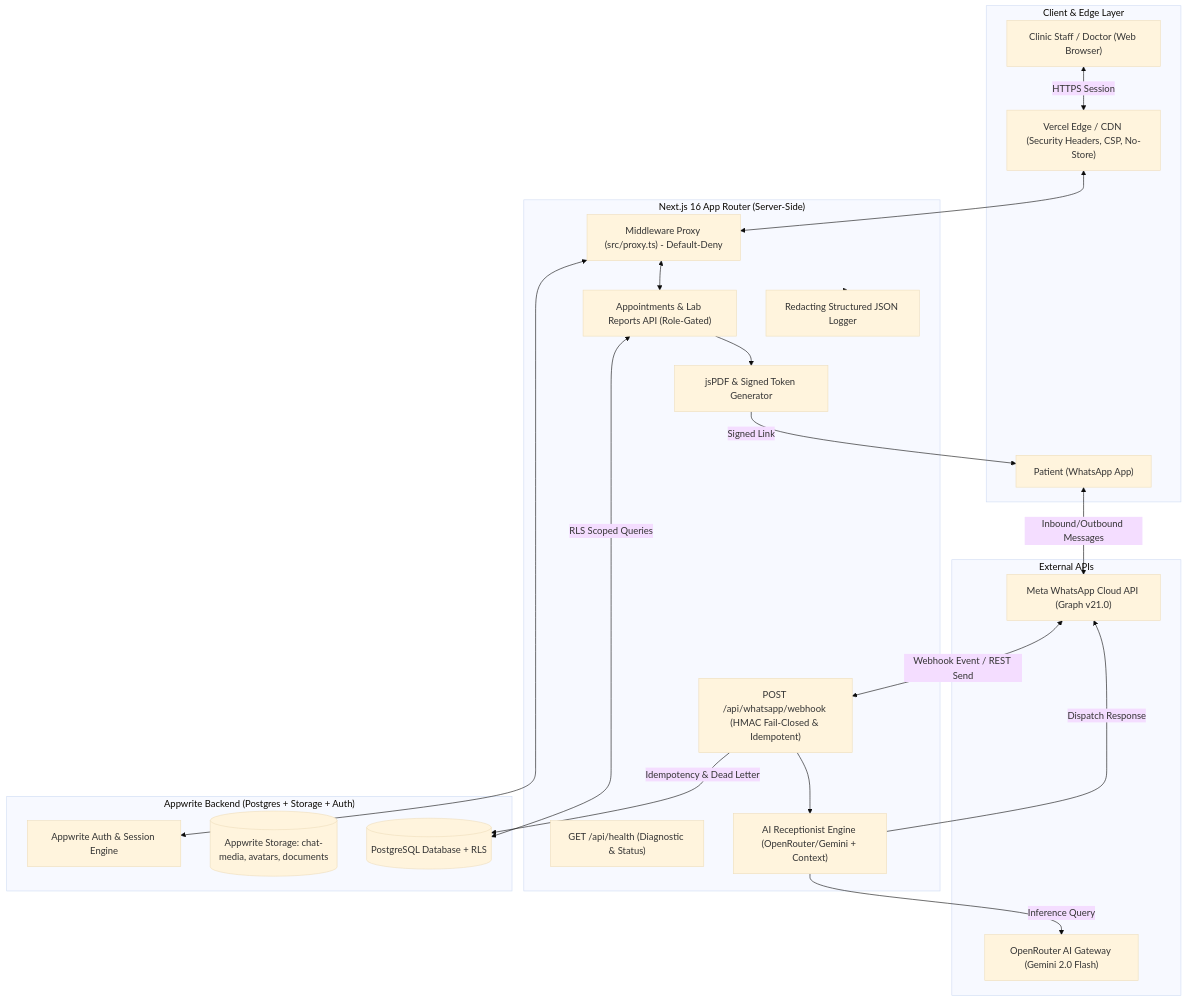
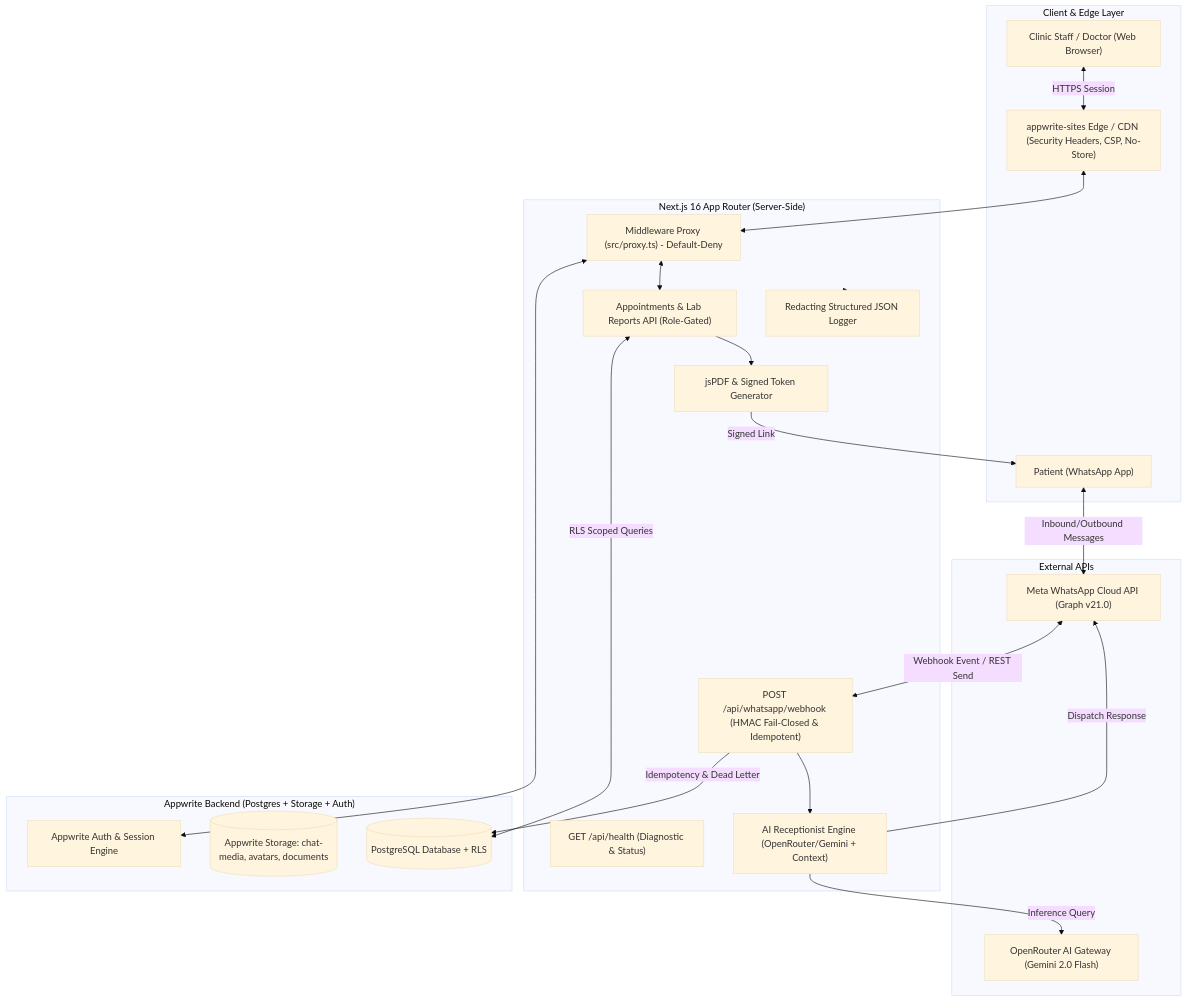
One commit to imsusanta/helpa changed the diagram in CODEBASE_AUDIT.md. Above: the diagram before and after it, drawn with Mermaid (base theme). The commit also changed other lines of this file and 18 other files, not shown here.

````diff
--- a/CODEBASE_AUDIT.md
+++ b/CODEBASE_AUDIT.md
@@ -26,46 +26,46 @@
 ```mermaid
 flowchart TD
     subgraph ClientLayer["Client & Edge Layer"]
         Patient["Patient (WhatsApp App)"]
         ClinicStaff["Clinic Staff / Doctor (Web Browser)"]
-        EdgeCDN["Vercel Edge / CDN (Security Headers, CSP, No-Store)"]
+        EdgeCDN["appwrite-sites Edge / CDN (Security Headers, CSP, No-Store)"]
     end
 
     subgraph AppLayer["Next.js 16 App Router (Server-Side)"]
         Proxy["Middleware Proxy (src/proxy.ts) - Default-Deny"]
         WebhookAPI["POST /api/whatsapp/webhook (HMAC Fail-Closed & Idempotent)"]
         HealthAPI["GET /api/health (Diagnostic & Status)"]
         ApptAPI["Appointments & Lab Reports API (Role-Gated)"]
         AIOrchestrator["AI Receptionist Engine (OpenRouter/Gemini + Context)"]
         DocGenerator["jsPDF & Signed Token Generator"]
         Logger["Redacting Structured JSON Logger"]
     end
 
     subgraph ExternalServices["External APIs"]
         MetaAPI["Meta WhatsApp Cloud API (Graph v21.0)"]
         OpenRouter["OpenRouter AI Gateway (Gemini 2.0 Flash)"]
     end
 
     subgraph DataLayer["Appwrite Backend (Postgres + Storage + Auth)"]
         PostgresDB[(PostgreSQL Database + RLS)]
         Storage[(Appwrite Storage: chat-media, avatars, documents)]
         AppwriteAuth[Appwrite Auth & Session Engine]
     end
 
     Patient <-->|Inbound/Outbound Messages| MetaAPI
     MetaAPI <-->|Webhook Event / REST Send| WebhookAPI
     WebhookAPI -->|Idempotency & Dead Letter| PostgresDB
     WebhookAPI --> AIOrchestrator
     AIOrchestrator -->|Inference Query| OpenRouter
     AIOrchestrator -->|Dispatch Response| MetaAPI
 
     ClinicStaff <-->|HTTPS Session| EdgeCDN
     EdgeCDN <--> Proxy
     Proxy <--> AppwriteAuth
     Proxy <--> ApptAPI
     ApptAPI <-->|RLS Scoped Queries| PostgresDB
     ApptAPI --> DocGenerator
     DocGenerator -->|Signed Link| Patient
 
     AppLayer --> Logger
 ```
````
